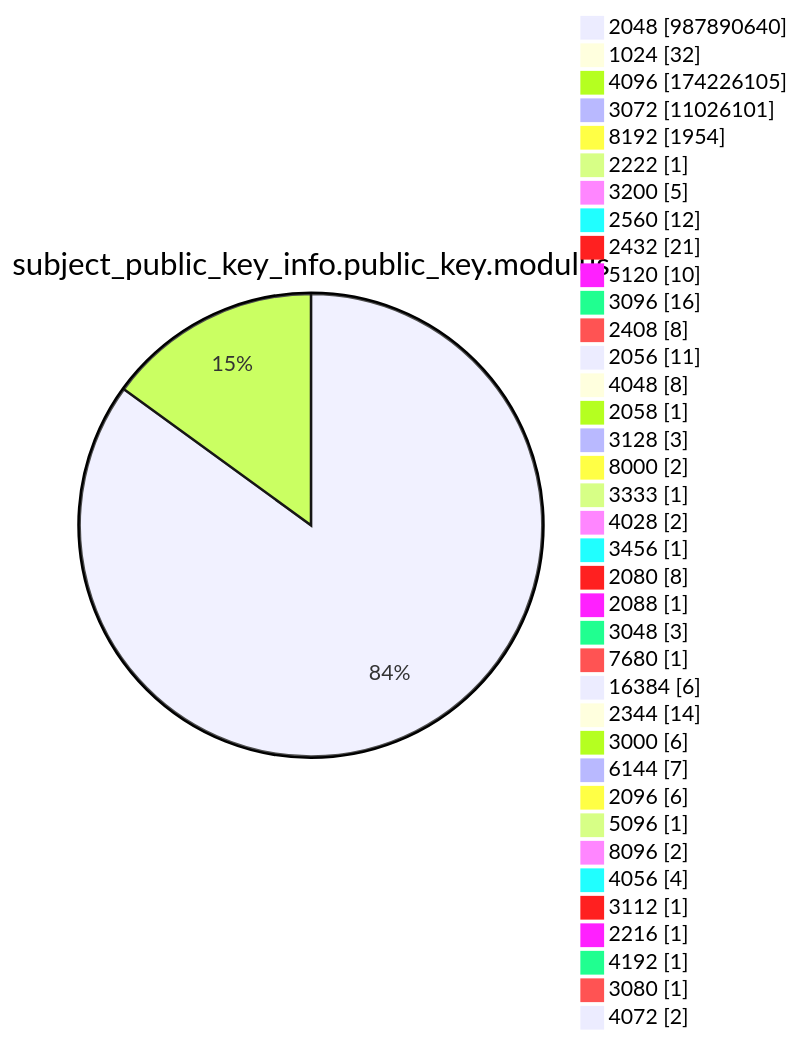
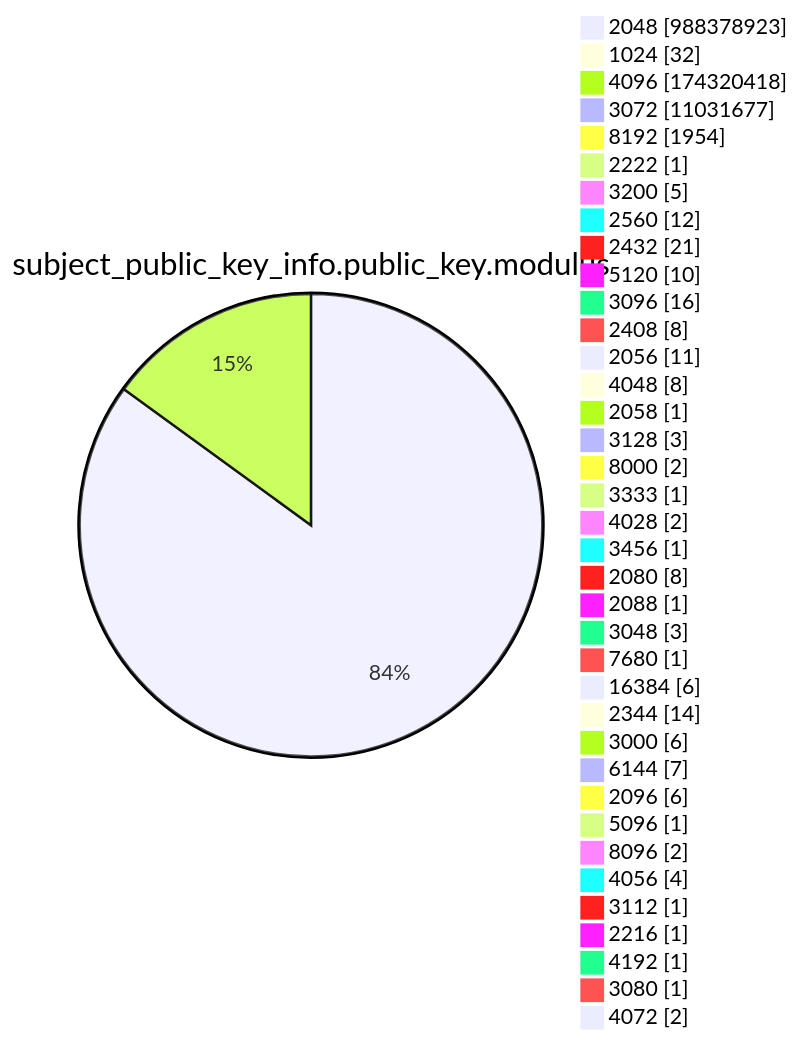
One commit to christiankrug/ctmonitor_visualization changed diagram 13 of 15 in argon2022/README.md. Above: the diagram before and after it, drawn with Mermaid. The commit also changed other lines of this file, not shown here.

````diff
--- a/argon2022/README.md
+++ b/argon2022/README.md
@@ -3587,41 +3587,41 @@
 ```mermaid
 pie showData
 title subject_public_key_info.public_key.modulus
-"2048" :987890640
+"2048" :988378923
 "1024" :32
-"4096" :174226105
-"3072" :11026101
+"4096" :174320418
+"3072" :11031677
 "8192" :1954
 "2222" :1
 "3200" :5
 "2560" :12
 "2432" :21
 "5120" :10
 "3096" :16
 "2408" :8
 "2056" :11
 "4048" :8
 "2058" :1
 "3128" :3
 "8000" :2
 "3333" :1
 "4028" :2
 "3456" :1
 "2080" :8
 "2088" :1
 "3048" :3
 "7680" :1
 "16384" :6
 "2344" :14
 "3000" :6
 "6144" :7
 "2096" :6
 "5096" :1
 "8096" :2
 "4056" :4
 "3112" :1
 "2216" :1
 "4192" :1
 "3080" :1
 "4072" :2
 ```
````
